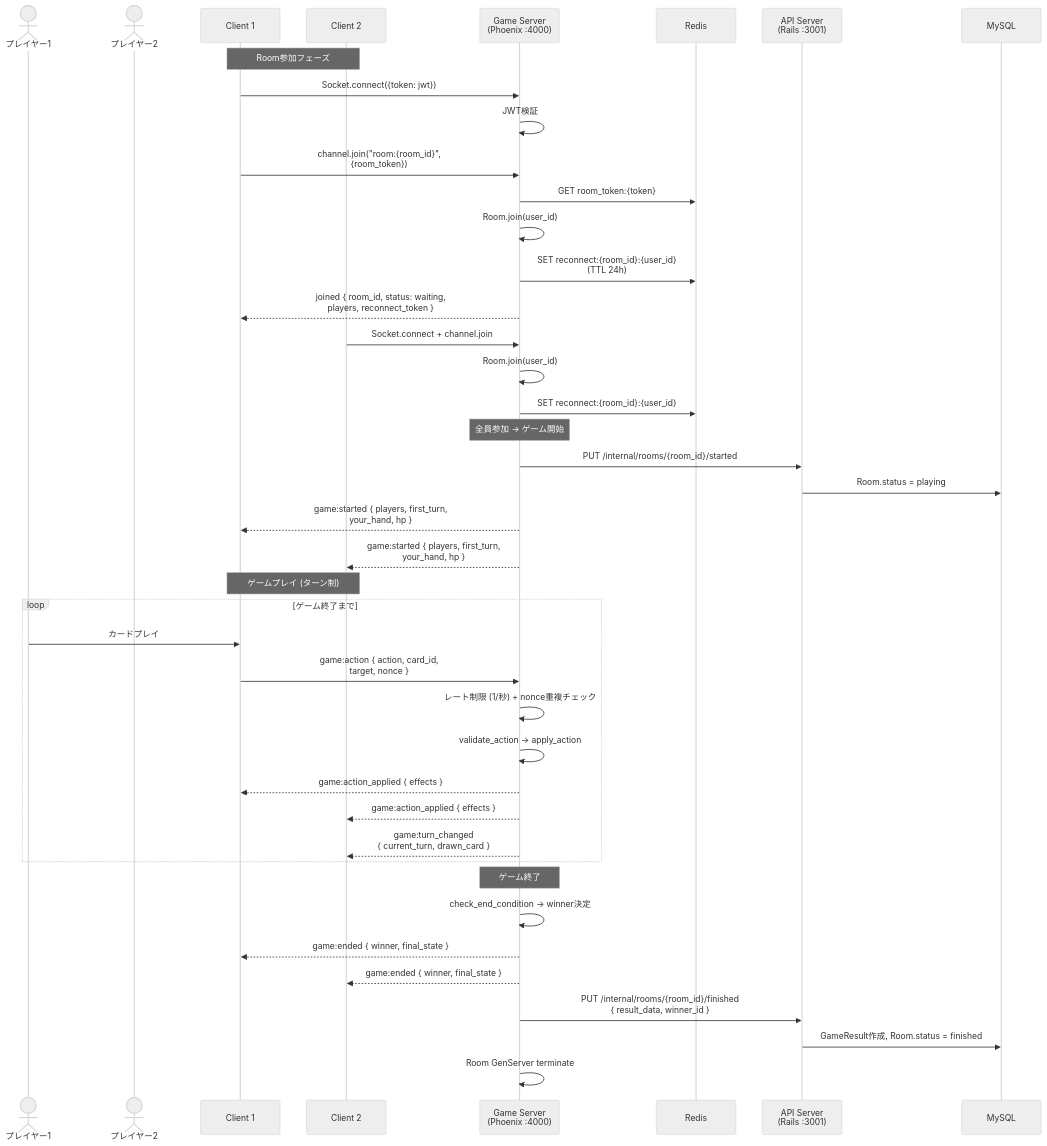
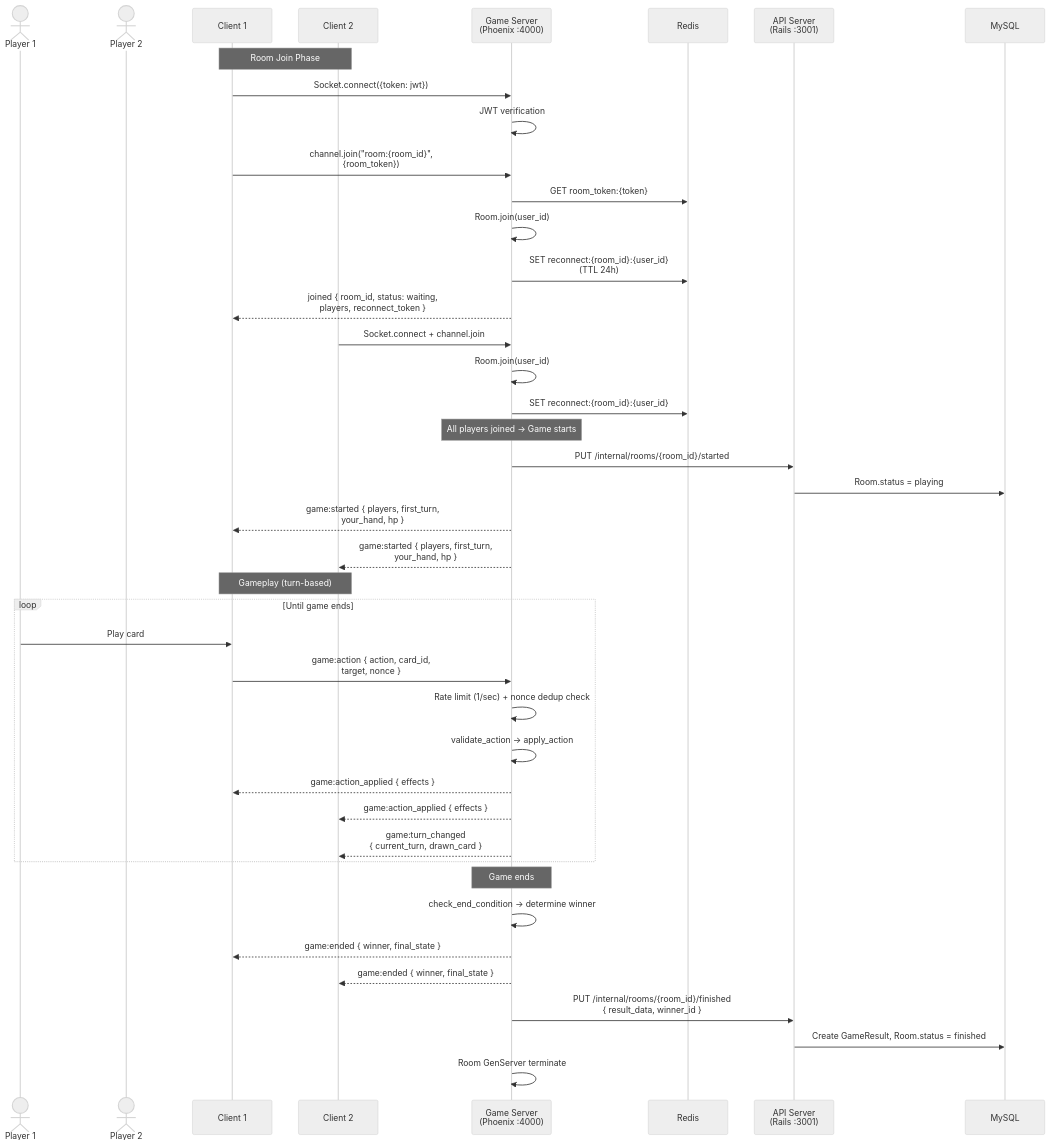
The third of 8 diagrams in docs/sequences.md (naokirin/room-based-multiplayer-poc), drawn with Mermaid (neutral theme) before and after one commit. The commit also changed other lines of this file and 3 other files, not shown here.

````diff
--- a/docs/sequences.md
+++ b/docs/sequences.md
@@ -84,50 +84,50 @@
 ```mermaid
 sequenceDiagram
-    actor P1 as プレイヤー1
-    actor P2 as プレイヤー2
+    actor P1 as Player 1
+    actor P2 as Player 2
     participant Client1 as Client 1
     participant Client2 as Client 2
     participant Game as Game Server<br/>(Phoenix :4000)
     participant Redis as Redis
     participant API as API Server<br/>(Rails :3001)
     participant DB as MySQL
 
-    Note over Client1,Client2: Room参加フェーズ
+    Note over Client1,Client2: Room Join Phase
     Client1->>Game: Socket.connect({token: jwt})
-    Game->>Game: JWT検証
+    Game->>Game: JWT verification
 
     Client1->>Game: channel.join("room:{room_id}",<br/>{room_token})
     Game->>Redis: GET room_token:{token}
     Game->>Game: Room.join(user_id)
     Game->>Redis: SET reconnect:{room_id}:{user_id}<br/>(TTL 24h)
     Game-->>Client1: joined { room_id, status: waiting,<br/>players, reconnect_token }
 
     Client2->>Game: Socket.connect + channel.join
     Game->>Game: Room.join(user_id)
     Game->>Redis: SET reconnect:{room_id}:{user_id}
 
-    Note over Game: 全員参加 → ゲーム開始
+    Note over Game: All players joined → Game starts
     Game->>API: PUT /internal/rooms/{room_id}/started
     API->>DB: Room.status = playing
     Game-->>Client1: game:started { players, first_turn,<br/>your_hand, hp }
     Game-->>Client2: game:started { players, first_turn,<br/>your_hand, hp }
 
-    Note over Client1,Client2: ゲームプレイ (ターン制)
-    loop ゲーム終了まで
-        P1->>Client1: カードプレイ
+    Note over Client1,Client2: Gameplay (turn-based)
+    loop Until game ends
+        P1->>Client1: Play card
         Client1->>Game: game:action { action, card_id,<br/>target, nonce }
-        Game->>Game: レート制限 (1/秒) + nonce重複チェック
+        Game->>Game: Rate limit (1/sec) + nonce dedup check
         Game->>Game: validate_action → apply_action
         Game-->>Client1: game:action_applied { effects }
         Game-->>Client2: game:action_applied { effects }
         Game-->>Client2: game:turn_changed<br/>{ current_turn, drawn_card }
     end
 
-    Note over Game: ゲーム終了
-    Game->>Game: check_end_condition → winner決定
+    Note over Game: Game ends
+    Game->>Game: check_end_condition → determine winner
     Game-->>Client1: game:ended { winner, final_state }
     Game-->>Client2: game:ended { winner, final_state }
     Game->>API: PUT /internal/rooms/{room_id}/finished<br/>{ result_data, winner_id }
-    API->>DB: GameResult作成, Room.status = finished
+    API->>DB: Create GameResult, Room.status = finished
     Game->>Game: Room GenServer terminate
 ```
````
